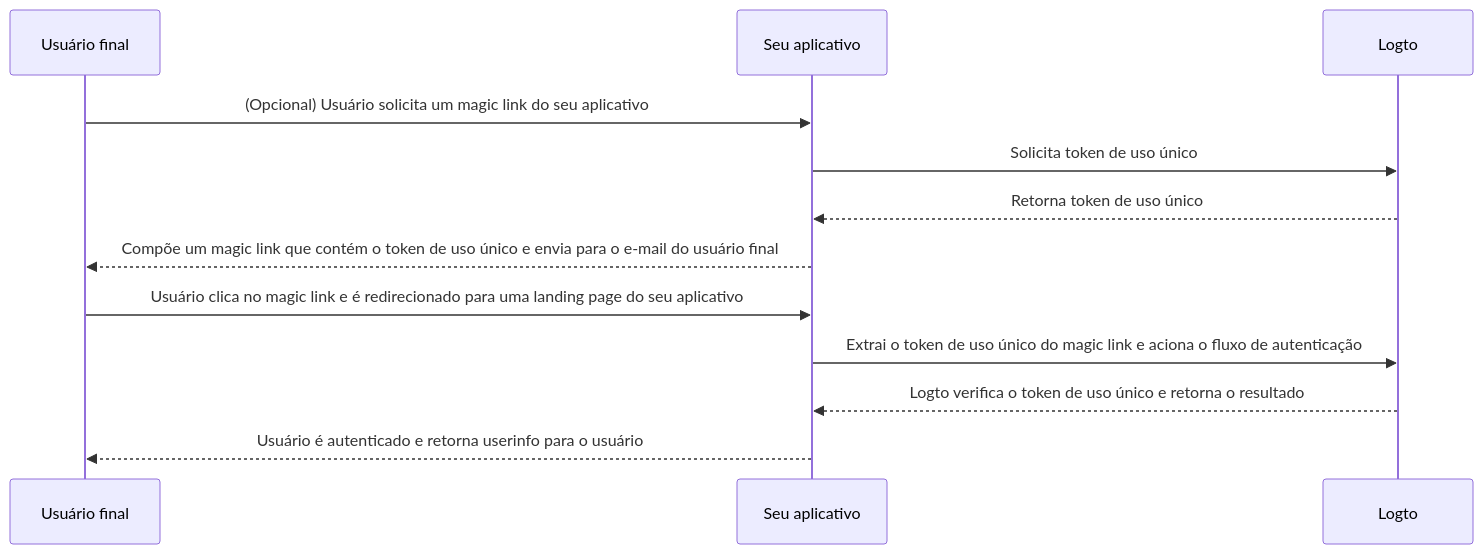
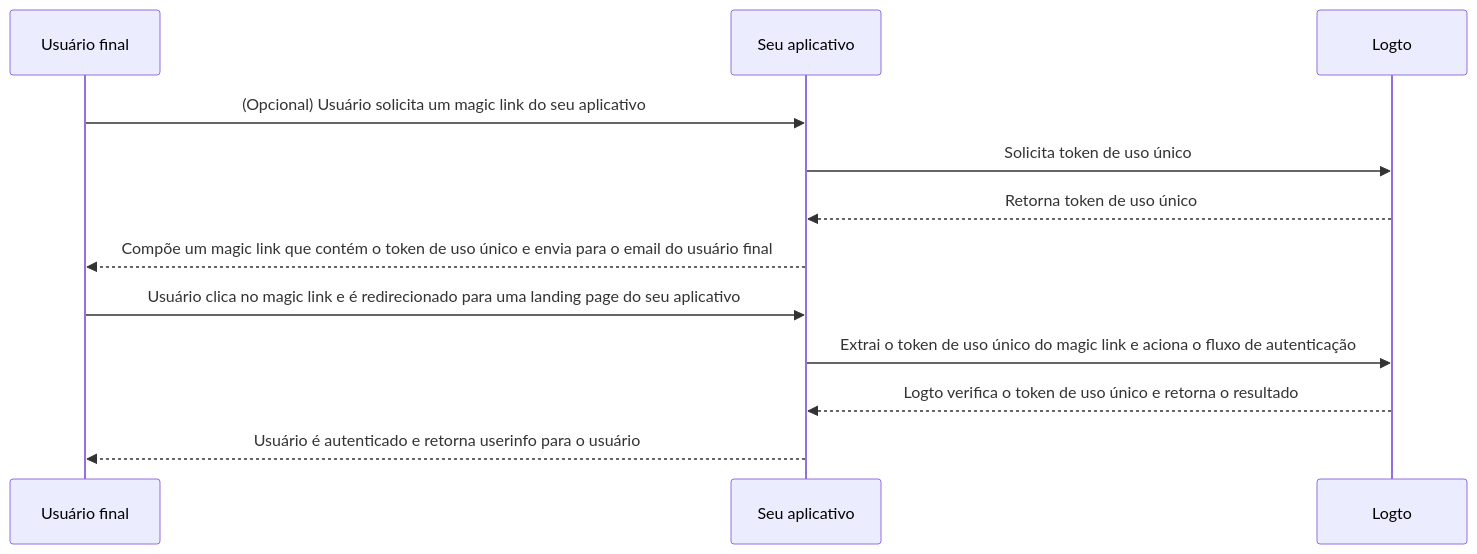
Before and after one commit to logto-io/docs: the diagram in i18n/pt-BR/docusaurus-plugin-content-docs/current/end-user-flows/one-time-token.mdx, drawn with Mermaid. The commit also changed other lines of this file and 26 other files, not shown here.

````diff
--- a/i18n/pt-BR/docusaurus-plugin-content-docs/current/end-user-flows/one-time-token.mdx
+++ b/i18n/pt-BR/docusaurus-plugin-content-docs/current/end-user-flows/one-time-token.mdx
@@ -38,15 +38,15 @@
 ```mermaid
 sequenceDiagram
   participant U as Usuário final
   participant C as Seu aplicativo
   participant L as Logto
 
   U ->> C: (Opcional) Usuário solicita um magic link do seu aplicativo
   C ->> L: Solicita token de uso único
   L -->> C: Retorna token de uso único
-  C -->> U: Compõe um magic link que contém o token de uso único e envia para o e-mail do usuário final
+  C -->> U: Compõe um magic link que contém o token de uso único e envia para o email do usuário final
   U ->> C: Usuário clica no magic link e é redirecionado para uma landing page do seu aplicativo
   C ->> L: Extrai o token de uso único do magic link e aciona o fluxo de autenticação
   L -->> C: Logto verifica o token de uso único e retorna o resultado
   C -->> U: Usuário é autenticado e retorna userinfo para o usuário
 ```
````
